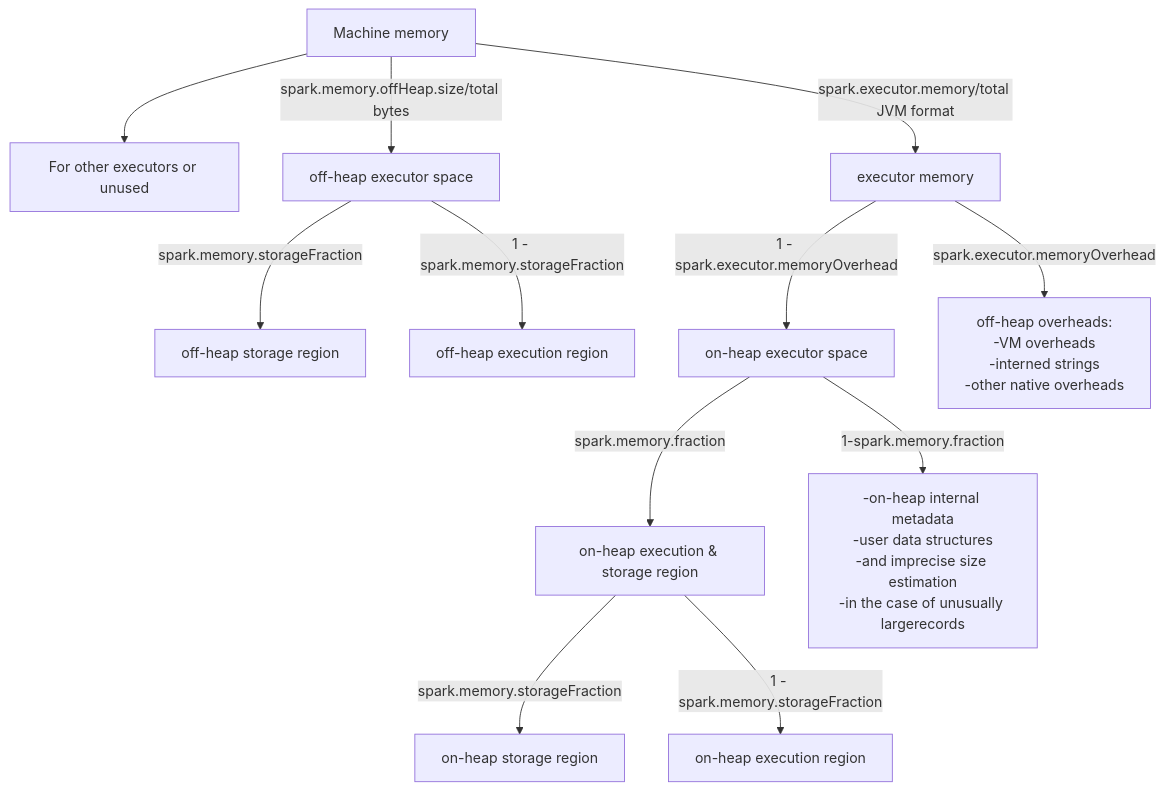
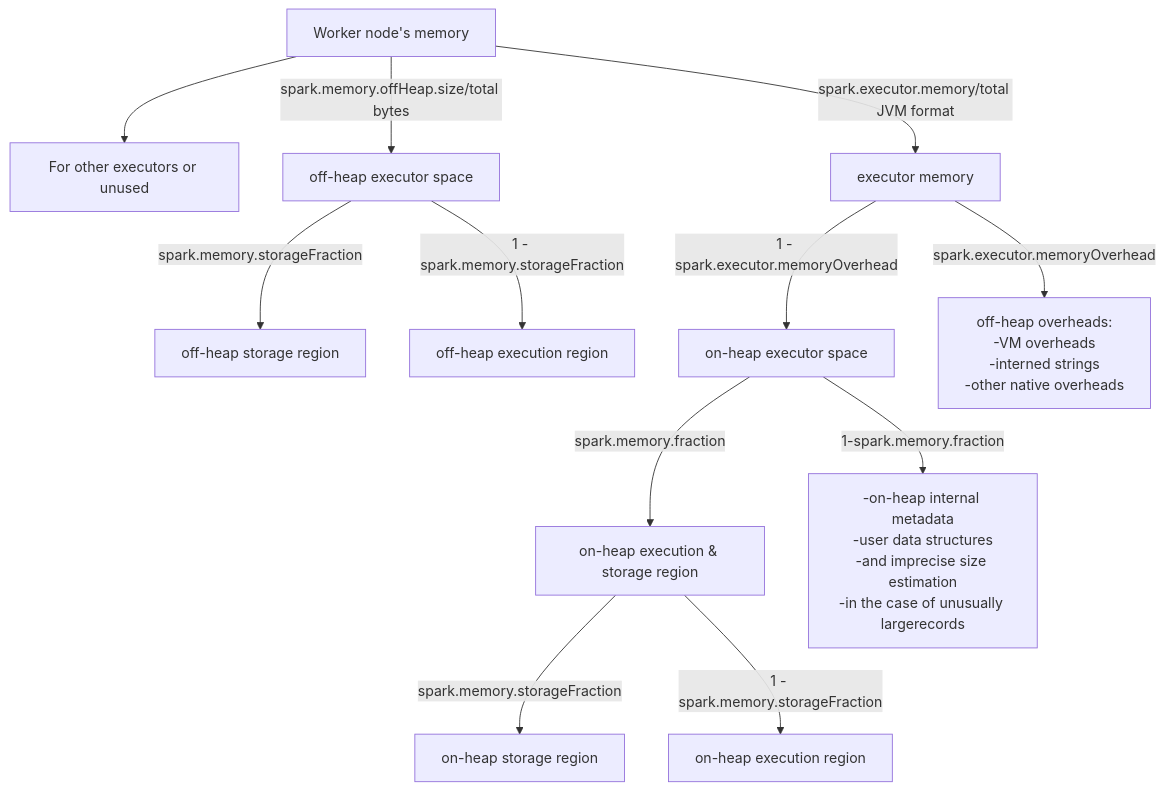
Before and after one commit to EnzoBnl/enzobnl: the diagram in spark.md, drawn with Mermaid. The commit also changed other lines of this file, not shown here.

````diff
--- a/spark.md
+++ b/spark.md
@@ -54,26 +51,26 @@
 ```mermaid
 graph TB
 -4[executor memory]
 -3[off-heap overheads:<br/>-VM overheads<br/>-interned strings<br/>-other native overheads]
 -2[For other executors or unused]
--1[Machine memory]
+-1[Worker node's memory]
 0[on-heap execution & storage region]
 1[on-heap executor space]
 2[off-heap executor space]
 3[on-heap execution region]
 4[on-heap storage region]
 33[off-heap execution region]
 44[off-heap storage region]
 5[-on-heap internal metadata<br/>-user data structures<br/>-and imprecise size estimation<br/>-in the case of unusually largerecords]
 -1 --> -2
 -1--spark.memory.offHeap.size/total bytes-->2
 -1--spark.executor.memory/total JVM format-->-4
 -4 --1 - spark.executor.memoryOverhead -->1
 -4 -- spark.executor.memoryOverhead -->-3
 1 --spark.memory.fraction-->0
 1 --1-spark.memory.fraction-->5
 0 -- spark.memory.storageFraction--> 4
 0 --1 - spark.memory.storageFraction--> 3
 2 -- spark.memory.storageFraction--> 44
 2 --1 - spark.memory.storageFraction--> 33
 ```
````
